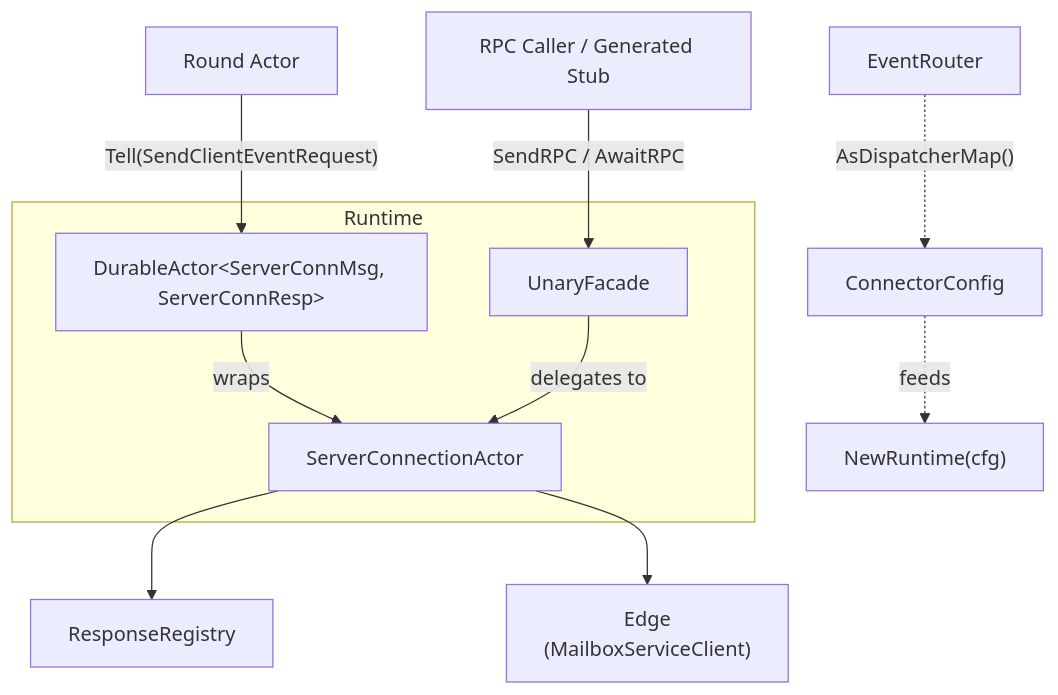
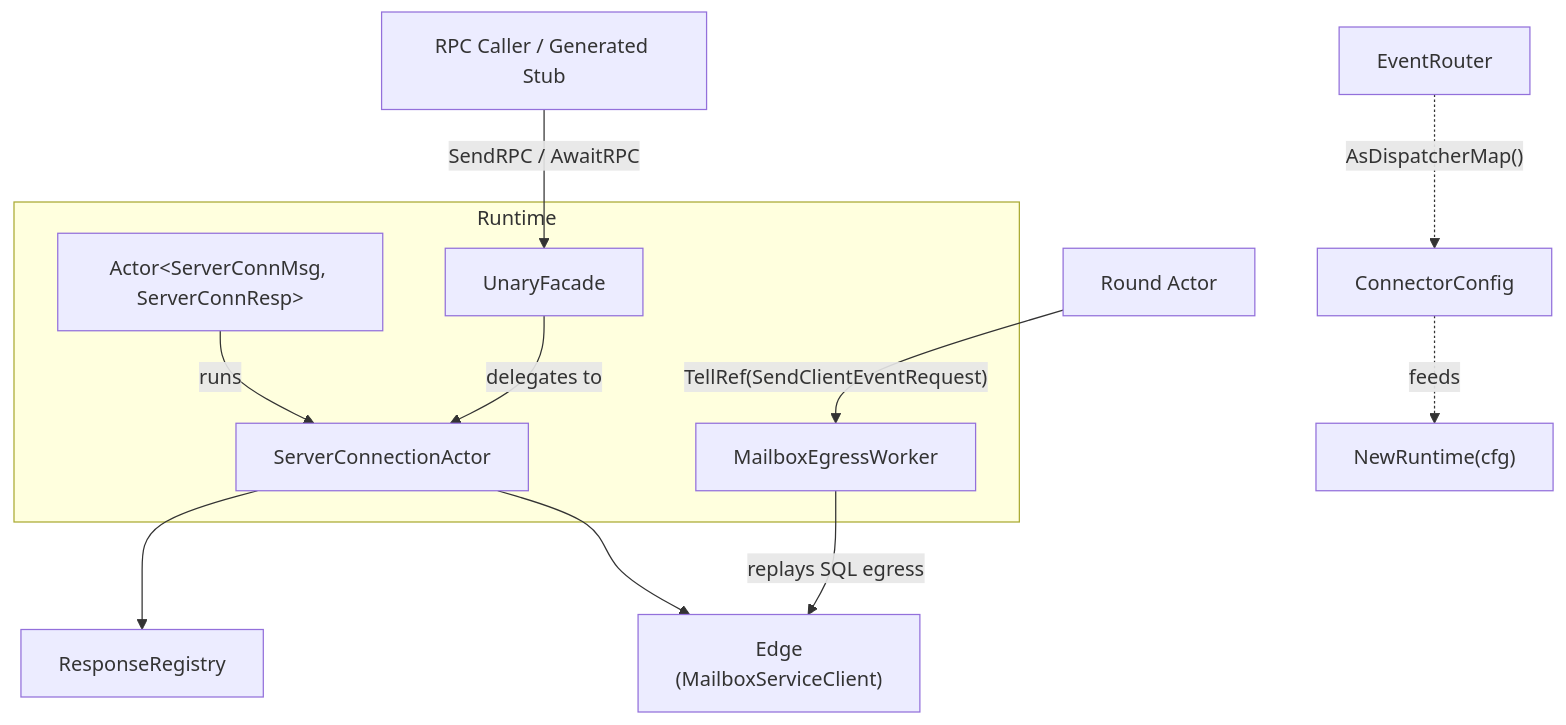
Before and after one commit to lightninglabs/wavelength: the first of 4 diagrams in serverconn/README.md, drawn with Mermaid. The commit also changed other lines of this file and 10 other files, not shown here.

````diff
--- a/serverconn/README.md
+++ b/serverconn/README.md
@@ -17,20 +17,22 @@
 ```mermaid
 flowchart TB
     subgraph "Runtime"
-        DA["DurableActor&lt;ServerConnMsg, ServerConnResp&gt;"]
+        A["Actor&lt;ServerConnMsg, ServerConnResp&gt;"]
+        EW["MailboxEgressWorker"]
         SCA["ServerConnectionActor"]
         UF["UnaryFacade"]
     end
 
-    DA -->|"wraps"| SCA
+    A -->|"runs"| SCA
+    EW -->|"replays SQL egress"| EDGE
     UF -->|"delegates to"| SCA
 
     SCA --> RR["ResponseRegistry"]
     SCA --> EDGE["Edge<br/>(MailboxServiceClient)"]
 
     CFG["ConnectorConfig"] -.->|"feeds"| RT["NewRuntime(cfg)"]
 
-    ROUND["Round Actor"] -->|"Tell(SendClientEventRequest)"| DA
+    ROUND["Round Actor"] -->|"TellRef(SendClientEventRequest)"| EW
     CALLER["RPC Caller / Generated Stub"] -->|"SendRPC / AwaitRPC"| UF
     ER["EventRouter"] -.->|"AsDispatcherMap()"| CFG
 ```
````
